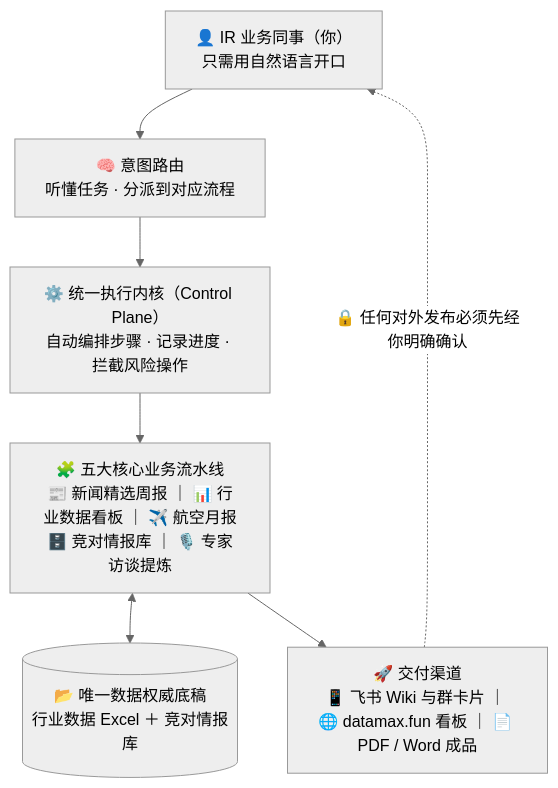
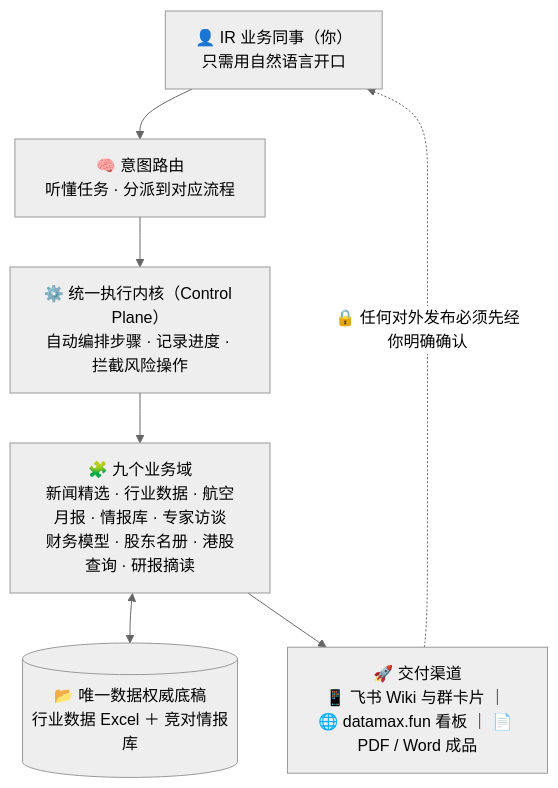
Before and after one commit to ZEYICHEN-md/ir-workbench: the first of 2 diagrams in docs/HANDOVER.md, drawn with Mermaid (neutral theme). The commit also changed other lines of this file and 23 other files, not shown here.

````diff
--- a/docs/HANDOVER.md
+++ b/docs/HANDOVER.md
@@ -67,14 +67,14 @@
 ```mermaid
 flowchart TD
     U["👤 IR 业务同事（你）<br>只需用自然语言开口"]
     R["🧠 意图路由<br>听懂任务 · 分派到对应流程"]
     K["⚙️ 统一执行内核（Control Plane）<br>自动编排步骤 · 记录进度 · 拦截风险操作"]
-    M["🧩 五大核心业务流水线<br>📰 新闻精选周报 ｜ 📊 行业数据看板 ｜ ✈️ 航空月报<br>🗄️ 竞对情报库 ｜ 🎙️ 专家访谈提炼"]
+    M["🧩 九个业务域<br>新闻精选 · 行业数据 · 航空月报 · 情报库 · 专家访谈<br>财务模型 · 股东名册 · 港股查询 · 研报摘读"]
     D[("📂 唯一数据权威底稿<br>行业数据 Excel ＋ 竞对情报库")]
     O["🚀 交付渠道<br>📱 飞书 Wiki 与群卡片 ｜ 🌐 datamax.fun 看板 ｜ 📄 PDF / Word 成品"]
 
     U --> R --> K --> M
     M <--> D
     M --> O
     O -. "🔒 任何对外发布必须先经你明确确认" .-> U
 ```
````
